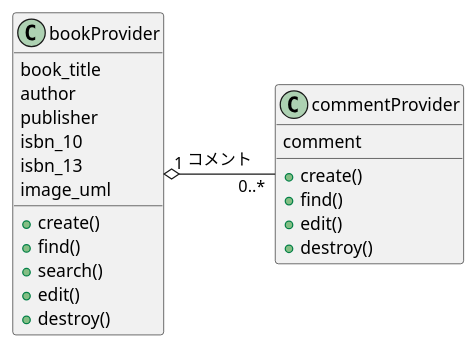
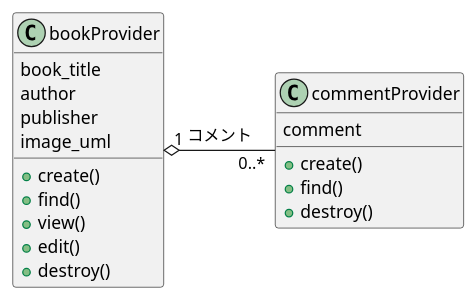
The diagram in uml/class.pu (40node/node006), drawn with PlantUML before and after one commit. The commit also changed 3 other files, not shown here.

```diff
--- a/uml/class.pu
+++ b/uml/class.pu
@@ -1,27 +1,24 @@
 @startuml class
 
 class bookProvider {
     book_title
     author
     publisher
-    isbn_10
-    isbn_13
     image_uml
     +create()
     +find()
-    +search()
+    +view()
     +edit()
     +destroy()
 }
 
 class commentProvider {
     comment
     +create()
     +find()
-    +edit()
     +destroy()
 }
 
 bookProvider "1" o-right- "0..*" commentProvider : コメント
 
 @enduml
```
